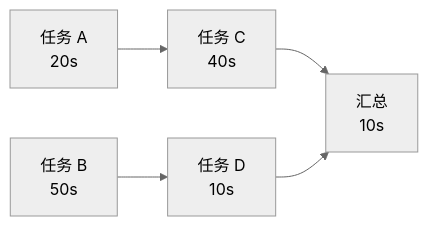
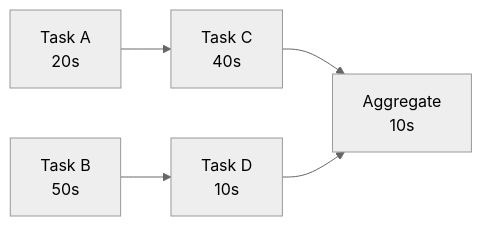
One commit to oneleaveknowsthefall/awesome-ai-roadmap changed the tenth of 16 diagrams in docs/agent/02-reasoning-planning/06-task-decomposition.md. Above: the diagram before and after it, drawn with Mermaid (neutral theme). The commit also changed other lines of this file and 68 other files, not shown here.

````diff
--- a/docs/agent/02-reasoning-planning/06-task-decomposition.md
+++ b/docs/agent/02-reasoning-planning/06-task-decomposition.md
@@ -598,7 +600,7 @@
 ```mermaid
 flowchart LR
-    A[任务 A<br/>20s] --> C[任务 C<br/>40s]
-    B[任务 B<br/>50s] --> D[任务 D<br/>10s]
-    C --> E[汇总<br/>10s]
+    A[Task A<br/>20s] --> C[Task C<br/>40s]
+    B[Task B<br/>50s] --> D[Task D<br/>10s]
+    C --> E[Aggregate<br/>10s]
     D --> E
 ```
````
